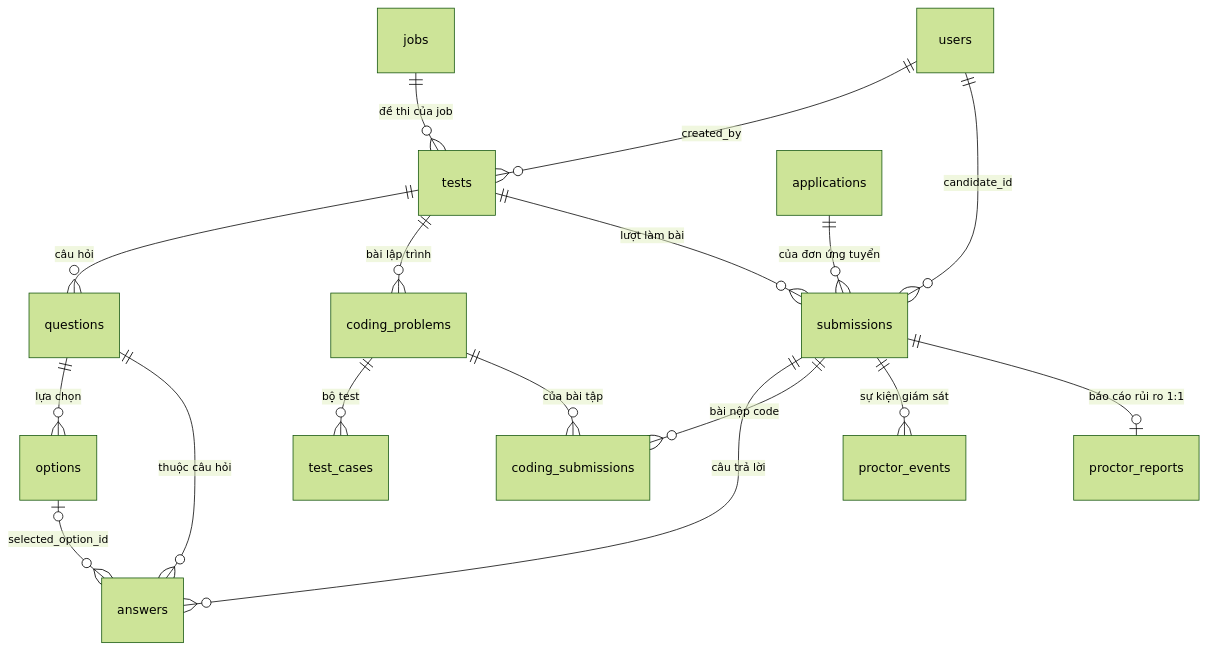
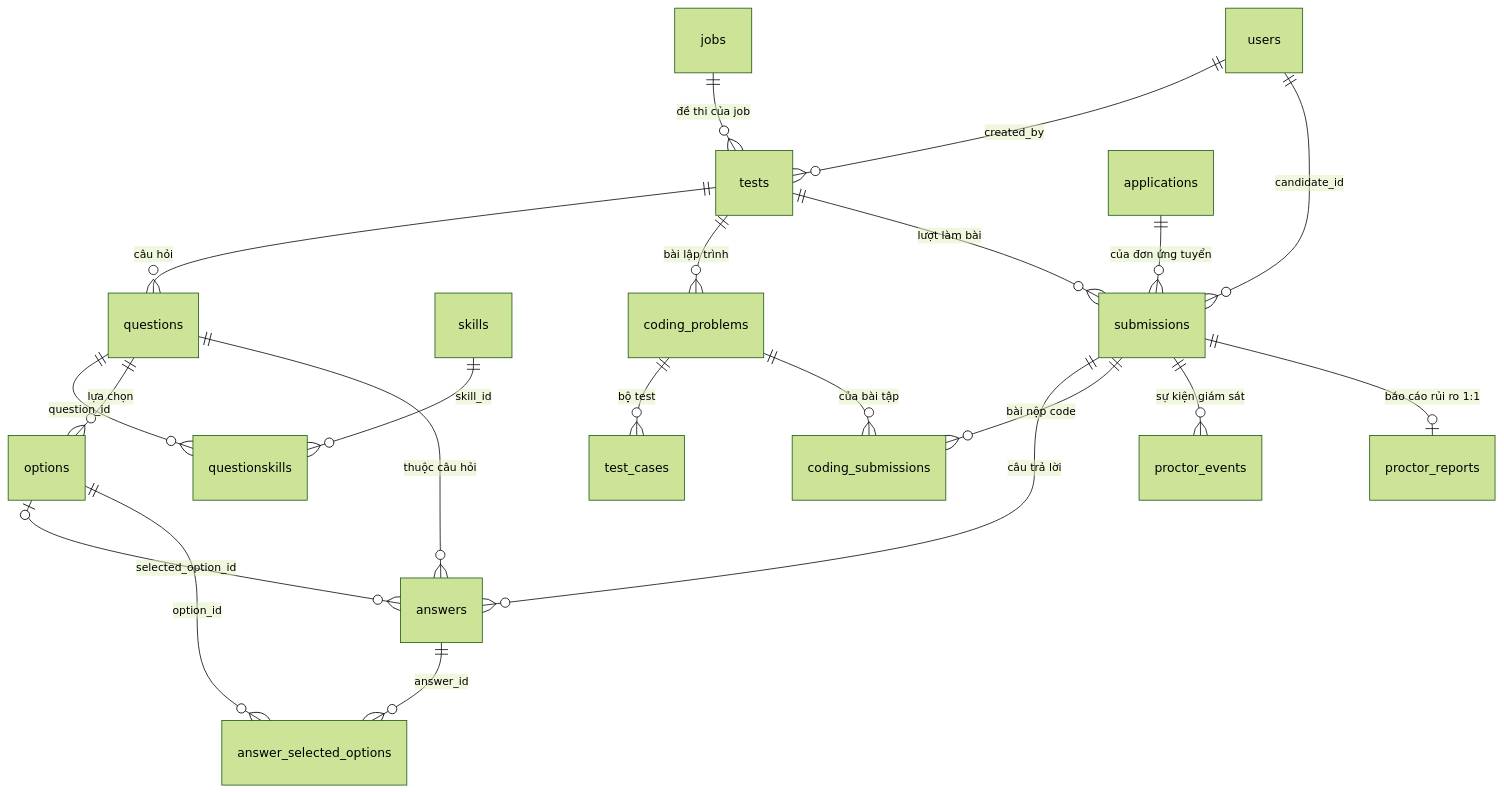
The seventh of 11 diagrams in docs/database/README.md (hieupnh12/SmartHire-AI), drawn with Mermaid (forest theme) before and after one commit. The commit also changed other lines of this file and 26 other files, not shown here.

````diff
--- a/docs/database/README.md
+++ b/docs/database/README.md
@@ -437,23 +443,27 @@
 ```mermaid
 erDiagram
     jobs ||--o{ tests : "đề thi của job"
     users ||--o{ tests : "created_by"
     tests ||--o{ questions : "câu hỏi"
+    questions ||--o{ questionskills : "question_id"
+    skills ||--o{ questionskills : "skill_id"
     questions ||--o{ options : "lựa chọn"
     tests ||--o{ coding_problems : "bài lập trình"
     coding_problems ||--o{ test_cases : "bộ test"
 
     tests ||--o{ submissions : "lượt làm bài"
     applications ||--o{ submissions : "của đơn ứng tuyển"
     users ||--o{ submissions : "candidate_id"
 
     submissions ||--o{ answers : "câu trả lời"
     questions ||--o{ answers : "thuộc câu hỏi"
     options |o--o{ answers : "selected_option_id"
+    answers ||--o{ answer_selected_options : "answer_id"
+    options ||--o{ answer_selected_options : "option_id"
 
     submissions ||--o{ coding_submissions : "bài nộp code"
     coding_problems ||--o{ coding_submissions : "của bài tập"
 
     submissions ||--o{ proctor_events : "sự kiện giám sát"
     submissions ||--o| proctor_reports : "báo cáo rủi ro 1:1"
 ```
````
